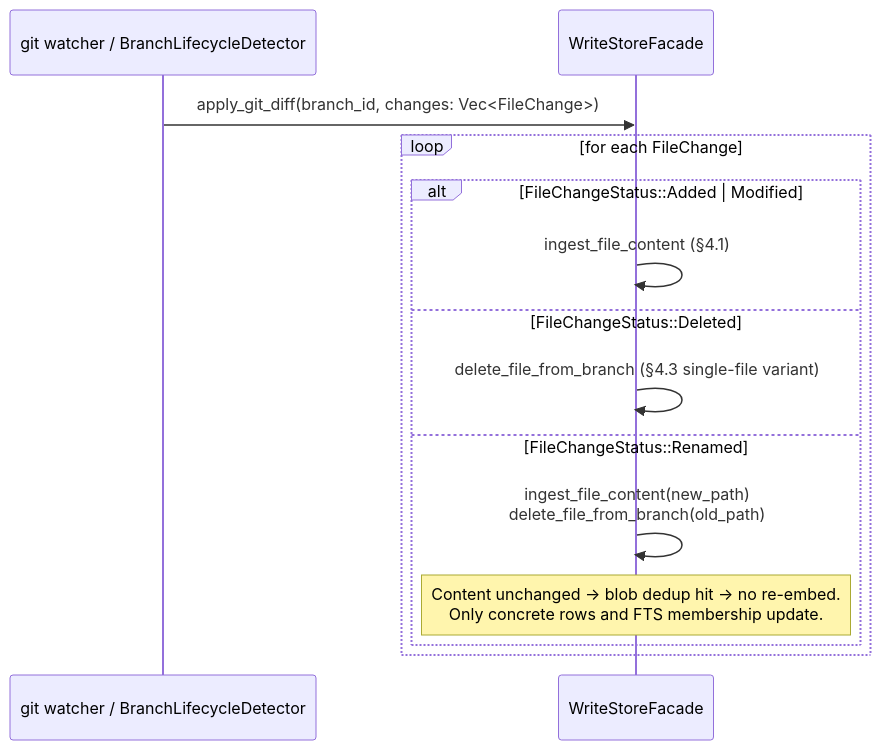
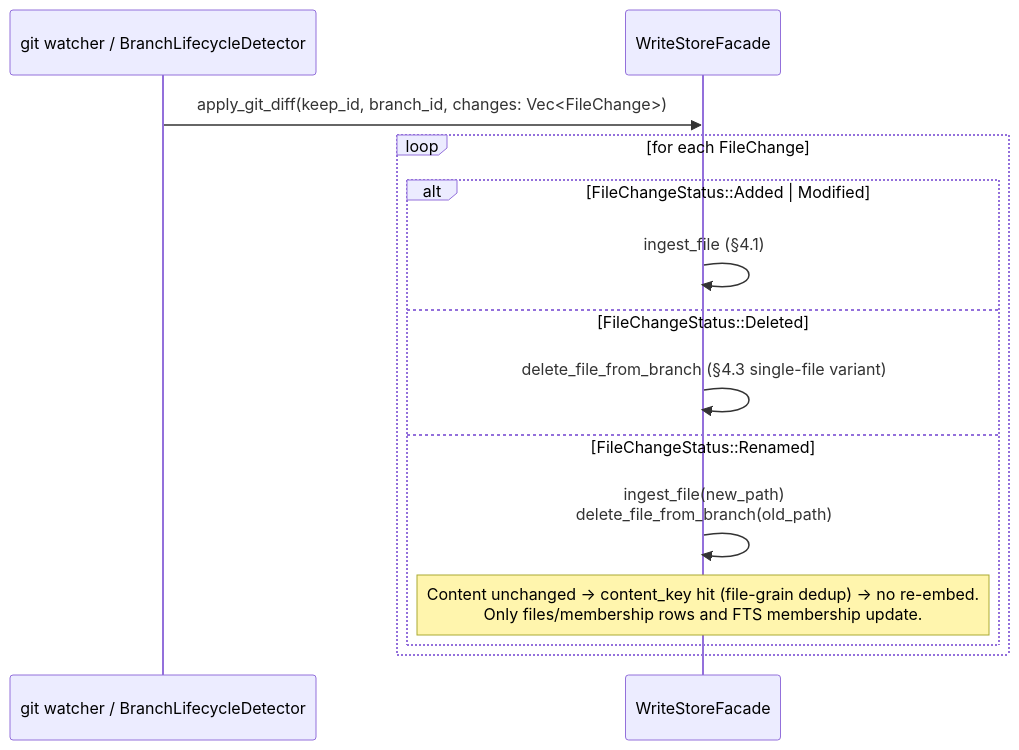
The seventh of 8 diagrams in docs/architecture/branch-storage-model.md (ChrisGVE/workspace-qdrant-mcp), drawn with Mermaid before and after one commit. The commit also changed other lines of this file, not shown here.

First line of the commit message:
docs(branch-storage): converge keep-model arch amendment

````diff
--- a/docs/architecture/branch-storage-model.md
+++ b/docs/architecture/branch-storage-model.md
@@ -683,17 +776,17 @@
 ```mermaid
 sequenceDiagram
     participant Git as git watcher / BranchLifecycleDetector
     participant Facade as WriteStoreFacade
 
-    Git->>Facade: apply_git_diff(branch_id, changes: Vec<FileChange>)
+    Git->>Facade: apply_git_diff(keep_id, branch_id, changes: Vec<FileChange>)
     loop for each FileChange
         alt FileChangeStatus::Added | Modified
-            Facade->>Facade: ingest_file_content (§4.1)
+            Facade->>Facade: ingest_file (§4.1)
         else FileChangeStatus::Deleted
             Facade->>Facade: delete_file_from_branch (§4.3 single-file variant)
         else FileChangeStatus::Renamed
-            Facade->>Facade: ingest_file_content(new_path)<br/>delete_file_from_branch(old_path)
-            Note over Facade: Content unchanged → blob dedup hit → no re-embed.<br/>Only concrete rows and FTS membership update.
+            Facade->>Facade: ingest_file(new_path)<br/>delete_file_from_branch(old_path)
+            Note over Facade: Content unchanged → content_key hit (file-grain dedup) → no re-embed.<br/>Only files/membership rows and FTS membership update.
         end
     end
 ```
````
